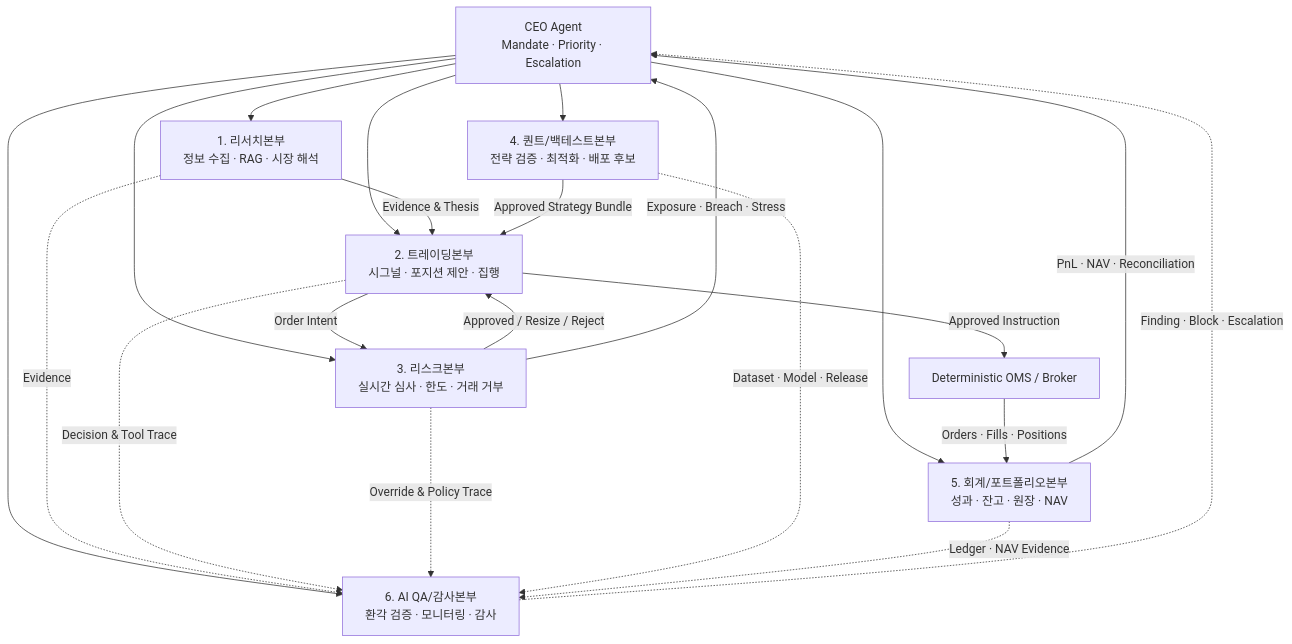
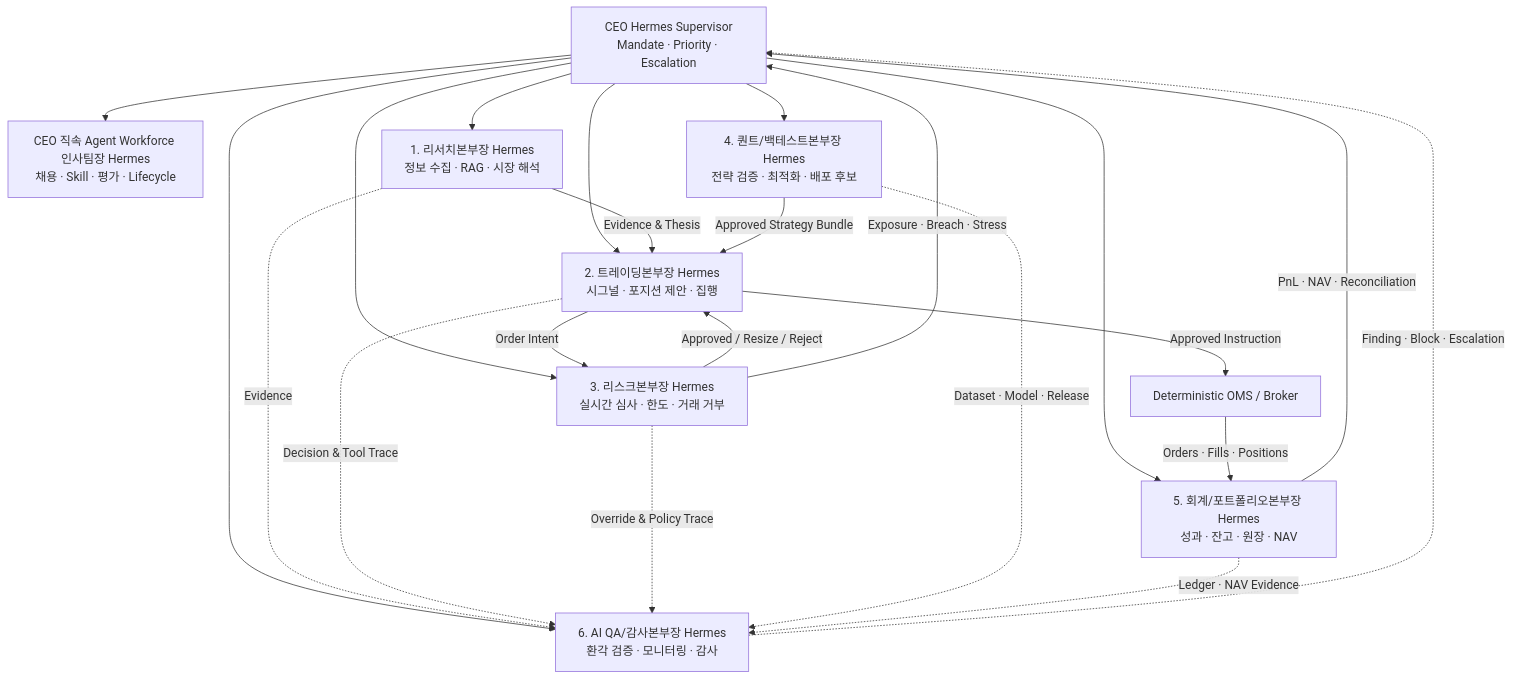
One commit to HgFinance/multi_agent changed the second of 4 diagrams in HEDGE_FUND_MASTER_PLAN.md. Above: the diagram before and after it, drawn with Mermaid. The commit also changed other lines of this file and 9 other files, not shown here.

````diff
--- a/HEDGE_FUND_MASTER_PLAN.md
+++ b/HEDGE_FUND_MASTER_PLAN.md
@@ -272,27 +278,28 @@
 ```mermaid
 flowchart TB
-    CEO["CEO Agent<br/>Mandate · Priority · Escalation"]
+    CEO["CEO Hermes Supervisor<br/>Mandate · Priority · Escalation"]
 
-    CEO --> RES["1. 리서치본부<br/>정보 수집 · RAG · 시장 해석"]
-    CEO --> TRD["2. 트레이딩본부<br/>시그널 · 포지션 제안 · 집행"]
-    CEO --> RSK["3. 리스크본부<br/>실시간 심사 · 한도 · 거래 거부"]
-    CEO --> QNT["4. 퀀트/백테스트본부<br/>전략 검증 · 최적화 · 배포 후보"]
-    CEO --> ACC["5. 회계/포트폴리오본부<br/>성과 · 잔고 · 원장 · NAV"]
-    CEO --> QAA["6. AI QA/감사본부<br/>환각 검증 · 모니터링 · 감사"]
+    CEO --> HR["CEO 직속 Agent Workforce 인사팀장 Hermes<br/>채용 · Skill · 평가 · Lifecycle"]
+    CEO --> RES["1. 리서치본부장 Hermes<br/>정보 수집 · RAG · 시장 해석"]
+    CEO --> TRD["2. 트레이딩본부장 Hermes<br/>시그널 · 포지션 제안 · 집행"]
+    CEO --> RSK["3. 리스크본부장 Hermes<br/>실시간 심사 · 한도 · 거래 거부"]
+    CEO --> QNT["4. 퀀트/백테스트본부장 Hermes<br/>전략 검증 · 최적화 · 배포 후보"]
+    CEO --> ACC["5. 회계/포트폴리오본부장 Hermes<br/>성과 · 잔고 · 원장 · NAV"]
+    CEO --> QAA["6. AI QA/감사본부장 Hermes<br/>환각 검증 · 모니터링 · 감사"]
 
     RES -->|"Evidence & Thesis"| TRD
     QNT -->|"Approved Strategy Bundle"| TRD
     TRD -->|"Order Intent"| RSK
     RSK -->|"Approved / Resize / Reject"| TRD
     TRD -->|"Approved Instruction"| OMS["Deterministic OMS / Broker"]
     OMS -->|"Orders · Fills · Positions"| ACC
     ACC -->|"PnL · NAV · Reconciliation"| CEO
     RSK -->|"Exposure · Breach · Stress"| CEO
 
     RES -.->|"Evidence"| QAA
     TRD -.->|"Decision & Tool Trace"| QAA
     RSK -.->|"Override & Policy Trace"| QAA
     QNT -.->|"Dataset · Model · Release"| QAA
     ACC -.->|"Ledger · NAV Evidence"| QAA
     QAA -.->|"Finding · Block · Escalation"| CEO
 ```
````
